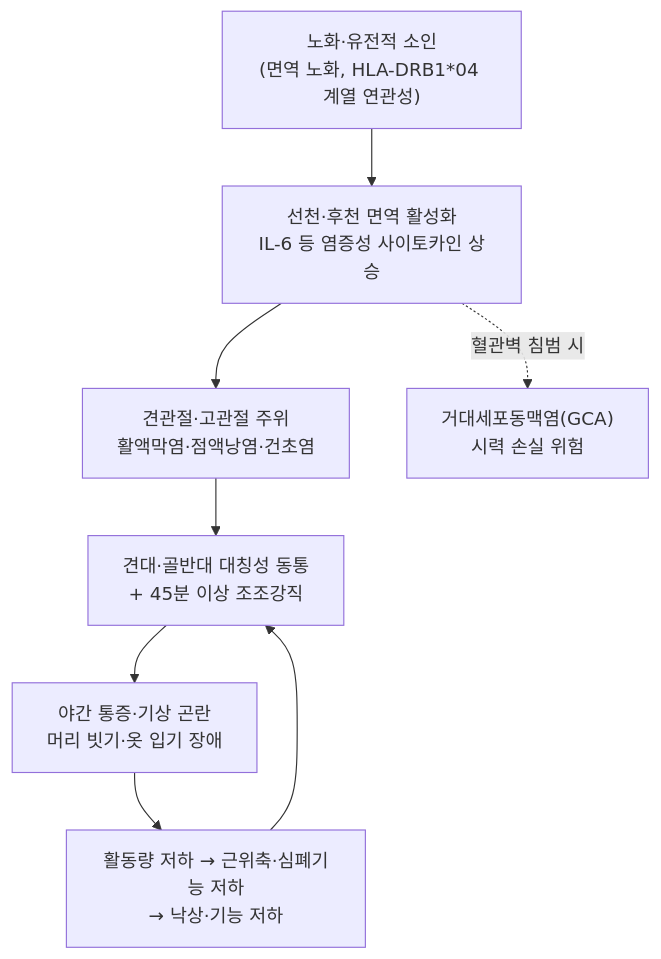
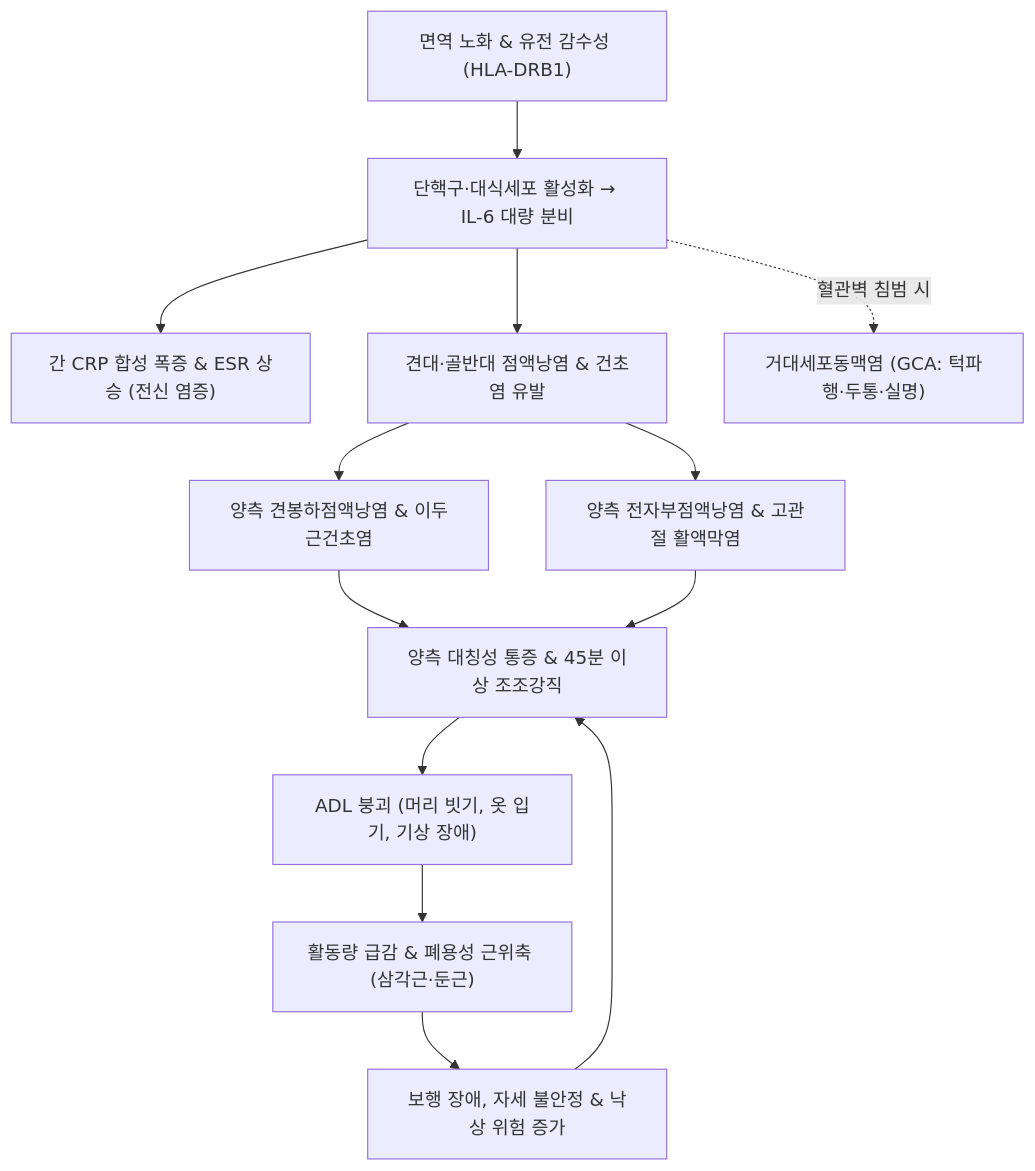
One commit to simbio11/simbio-digital-garden2 changed the diagram in content/3. 이론 공부/질환/근골격계 질환/기타/다발성 근육통.md. Above: the diagram before and after it, drawn with Mermaid. The commit also changed other lines of this file and 147 other files, not shown here.

````diff
--- a/content/3. 이론 공부/질환/근골격계 질환/기타/다발성 근육통.md
+++ b/content/3. 이론 공부/질환/근골격계 질환/기타/다발성 근육통.md
@@ -69,10 +124,15 @@
 ```mermaid
 graph TD
-    A["노화·유전적 소인<br/>(면역 노화, HLA-DRB1*04 계열 연관성)"] --> B["선천·후천 면역 활성화<br/>IL-6 등 염증성 사이토카인 상승"]
-    B --> C["견관절·고관절 주위<br/>활액막염·점액낭염·건초염"]
-    C --> D["견대·골반대 대칭성 동통<br/>+ 45분 이상 조조강직"]
-    D --> E["야간 통증·기상 곤란<br/>머리 빗기·옷 입기 장애"]
-    E --> F["활동량 저하 → 근위축·심폐기능 저하<br/>→ 낙상·기능 저하"]
-    F --> D
-    B -.->|혈관벽 침범 시| G["거대세포동맥염(GCA)<br/>시력 손실 위험"]
+    Aging["면역 노화 & 유전 감수성 (HLA-DRB1)"] --> Cytokine["단핵구·대식세포 활성화 → IL-6 대량 분비"]
+    Cytokine --> Lab["간 CRP 합성 폭증 & ESR 상승 (전신 염증)"]
+    Cytokine --> Extrasynovial["견대·골반대 점액낭염 & 건초염 유발"]
+    Extrasynovial --> Shoulder["양측 견봉하점액낭염 & 이두근건초염"]
+    Extrasynovial --> Hip["양측 전자부점액낭염 & 고관절 활액막염"]
+    Shoulder --> PainStiff["양측 대칭성 통증 & 45분 이상 조조강직"]
+    Hip --> PainStiff
+    PainStiff --> ADL["ADL 붕괴 (머리 빗기, 옷 입기, 기상 장애)"]
+    ADL --> Disuse["활동량 급감 & 폐용성 근위축 (삼각근·둔근)"]
+    Disuse --> FallRisk["보행 장애, 자세 불안정 & 낙상 위험 증가"]
+    FallRisk --> PainStiff
+    Cytokine -.->|혈관벽 침범 시| GCA["거대세포동맥염 (GCA: 턱파행·두통·실명)"]
 ```
````
